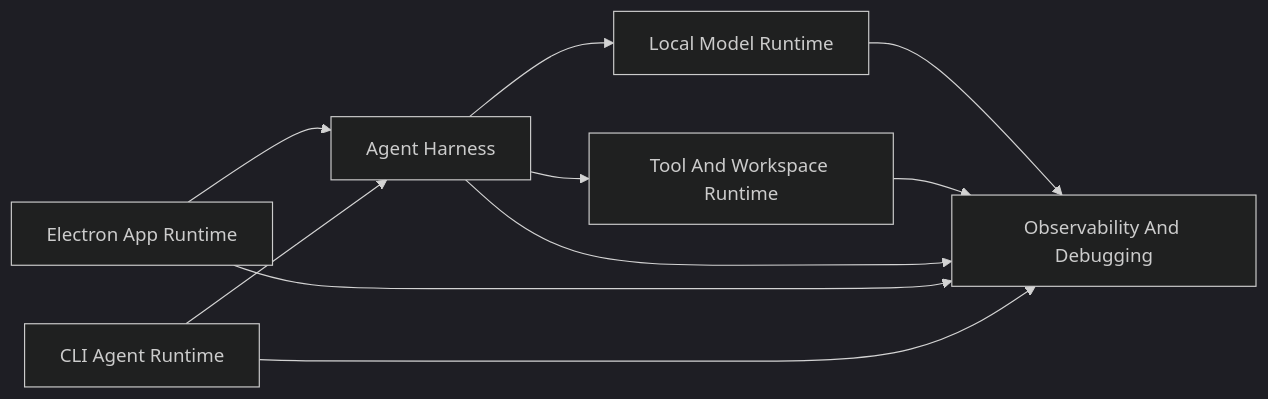
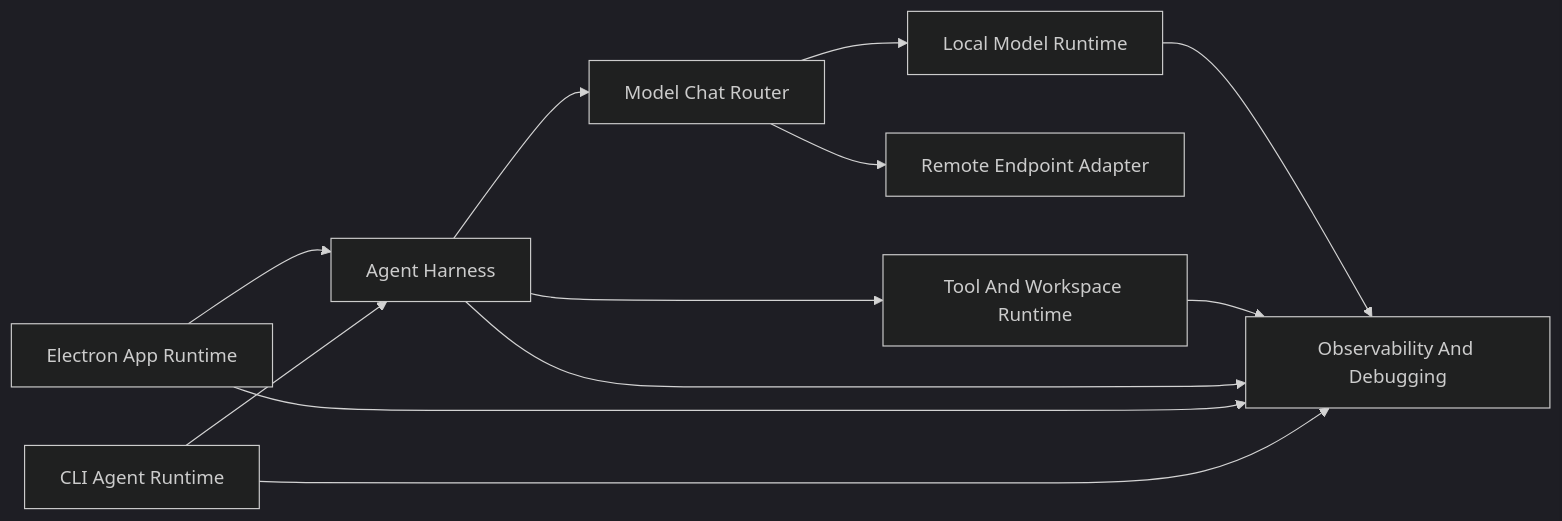
Before and after one commit to martinbechard/gemma_code: the fifth of 9 diagrams in docs/wiki/technical/architecture.md, drawn with Mermaid (dark theme). The commit also changed other lines of this file and 33 other files, not shown here.

````diff
--- a/docs/wiki/technical/architecture.md
+++ b/docs/wiki/technical/architecture.md
@@ -207,12 +220,14 @@
 ```mermaid
 flowchart LR
   ElectronRuntime["Electron App Runtime"] --> AgentHarness["Agent Harness"]
   CliRuntime["CLI Agent Runtime"] --> AgentHarness
-  AgentHarness --> LocalModelRuntime["Local Model Runtime"]
+  AgentHarness --> ModelRouter["Model Chat Router"]
+  ModelRouter --> LocalModelRuntime["Local Model Runtime"]
+  ModelRouter --> RemoteEndpointAdapter["Remote Endpoint Adapter"]
   AgentHarness --> ToolWorkspaceRuntime["Tool And Workspace Runtime"]
   LocalModelRuntime --> Observability["Observability And Debugging"]
   ToolWorkspaceRuntime --> Observability
   AgentHarness --> Observability
   ElectronRuntime --> Observability
   CliRuntime --> Observability
 ```
````
